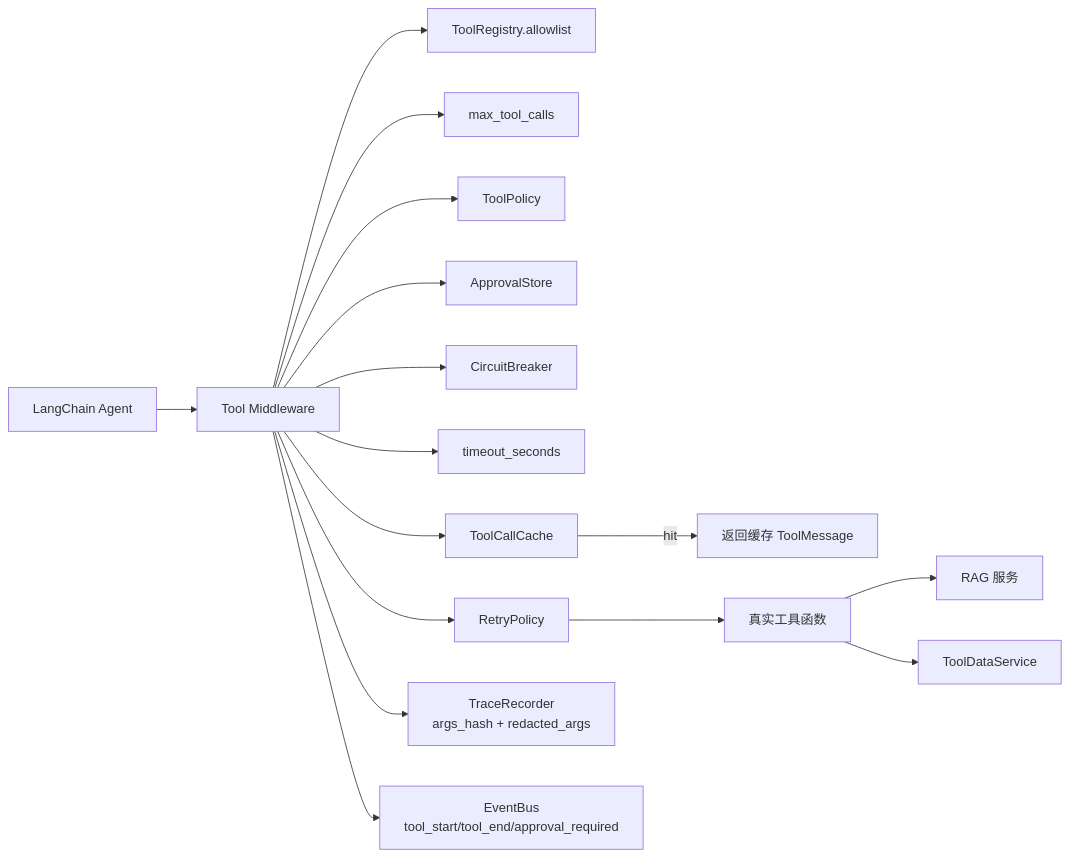
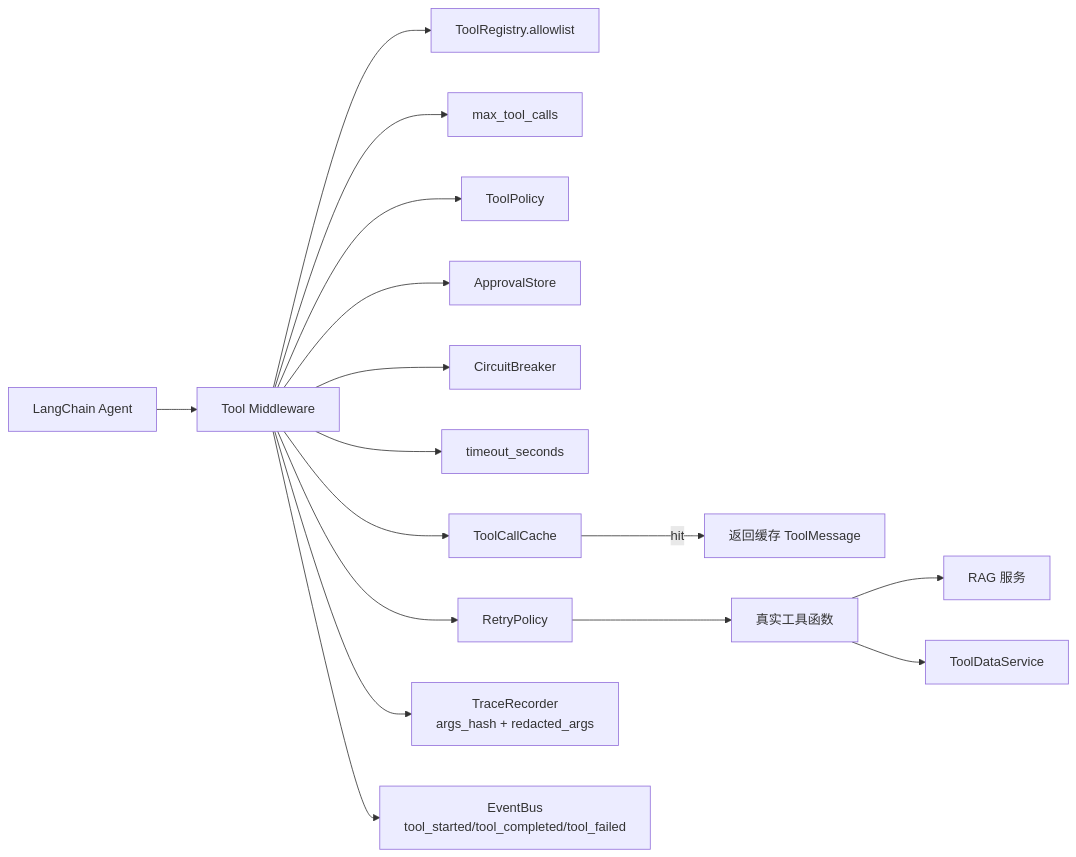
The eighth of 20 diagrams in README.md (sleeping-Zack/agentproject), drawn with Mermaid before and after one commit. The commit also changed other lines of this file and 8 other files, not shown here.

````diff
--- a/README.md
+++ b/README.md
@@ -431,20 +431,20 @@
 ```mermaid
 flowchart LR
     Agent["LangChain Agent"] --> Middleware["Tool Middleware"]
 
     Middleware --> Allow["ToolRegistry.allowlist"]
     Middleware --> Budget["max_tool_calls"]
     Middleware --> Policy["ToolPolicy"]
     Middleware --> Approval["ApprovalStore"]
     Middleware --> Breaker["CircuitBreaker"]
     Middleware --> Timeout["timeout_seconds"]
     Middleware --> Cache["ToolCallCache"]
     Middleware --> Retry["RetryPolicy"]
     Middleware --> Trace["TraceRecorder\nargs_hash + redacted_args"]
-    Middleware --> Event["EventBus\ntool_start/tool_end/approval_required"]
+    Middleware --> Event["EventBus\ntool_started/tool_completed/tool_failed"]
 
     Cache -->|hit| ReturnCache["返回缓存 ToolMessage"]
     Retry --> RealTool["真实工具函数"]
     RealTool --> RAG["RAG 服务"]
     RealTool --> Data["ToolDataService"]
 ```
````
